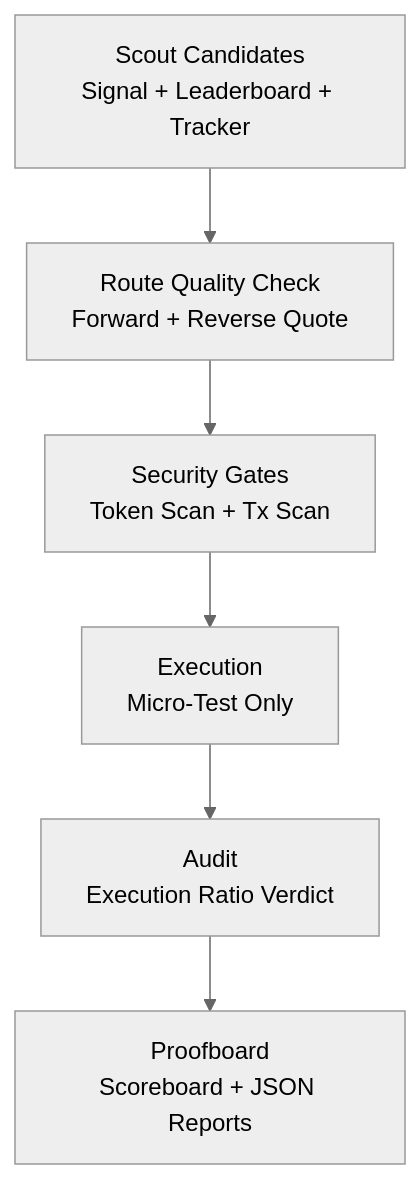
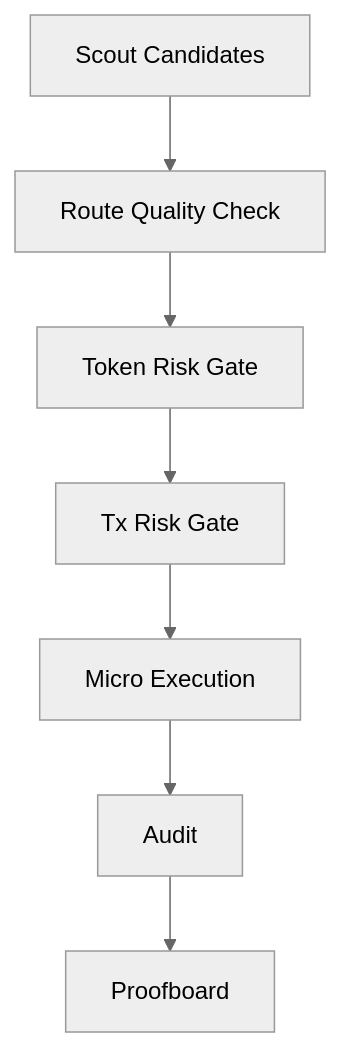
Before and after one commit to sambitsargam/RouteSentinel: the diagram in README.md, drawn with Mermaid (neutral theme). The commit also changed other lines of this file, not shown here.

````diff
--- a/README.md
+++ b/README.md
@@ -50,8 +38,9 @@
 ```mermaid
 flowchart TD
-  A[Scout Candidates\nSignal + Leaderboard + Tracker] --> B[Route Quality Check\nForward + Reverse Quote]
-  B --> C[Security Gates\nToken Scan + Tx Scan]
-  C --> D[Execution\nMicro-Test Only]
-  D --> E[Audit\nExecution Ratio Verdict]
-  E --> F[Proofboard\nScoreboard + JSON Reports]
+  A[Scout Candidates] --> B[Route Quality Check]
+  B --> C[Token Risk Gate]
+  C --> D[Tx Risk Gate]
+  D --> E[Micro Execution]
+  E --> F[Audit]
+  F --> G[Proofboard]
 ```
````
